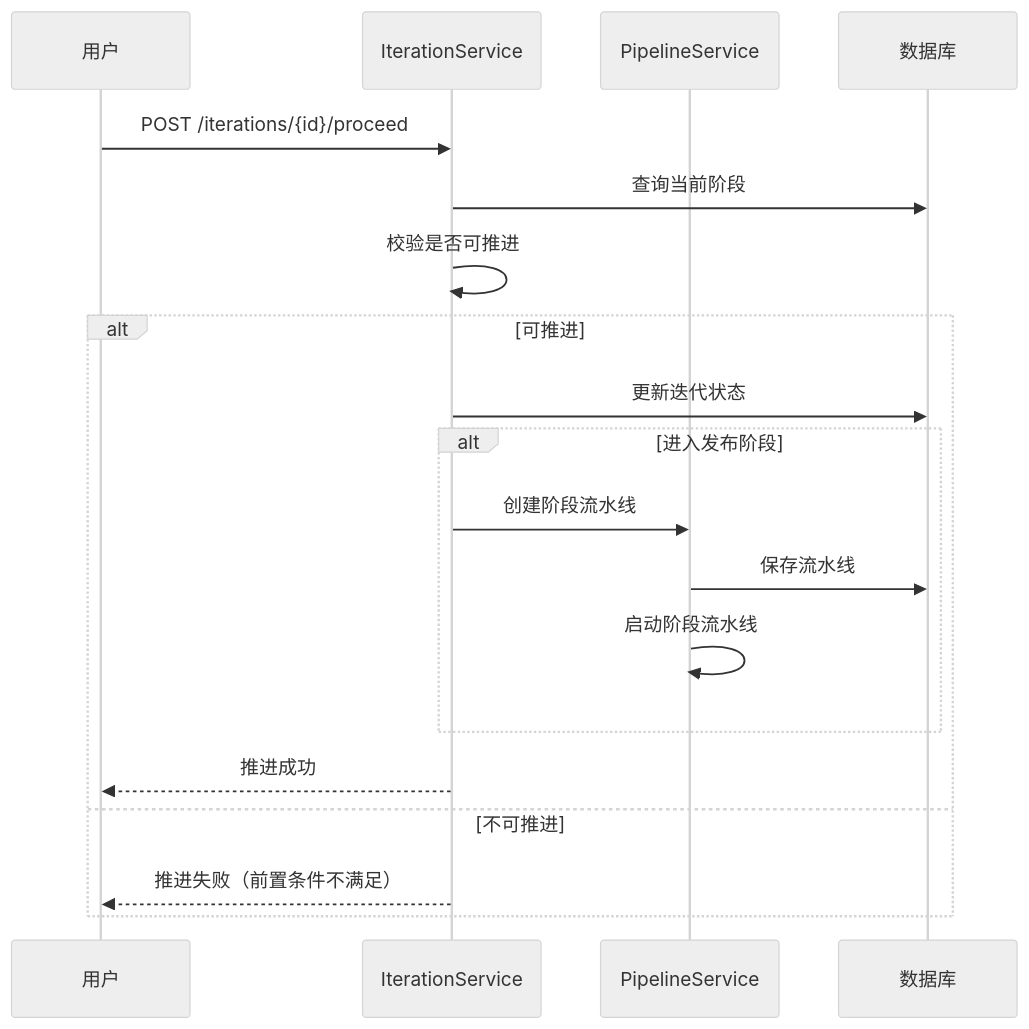
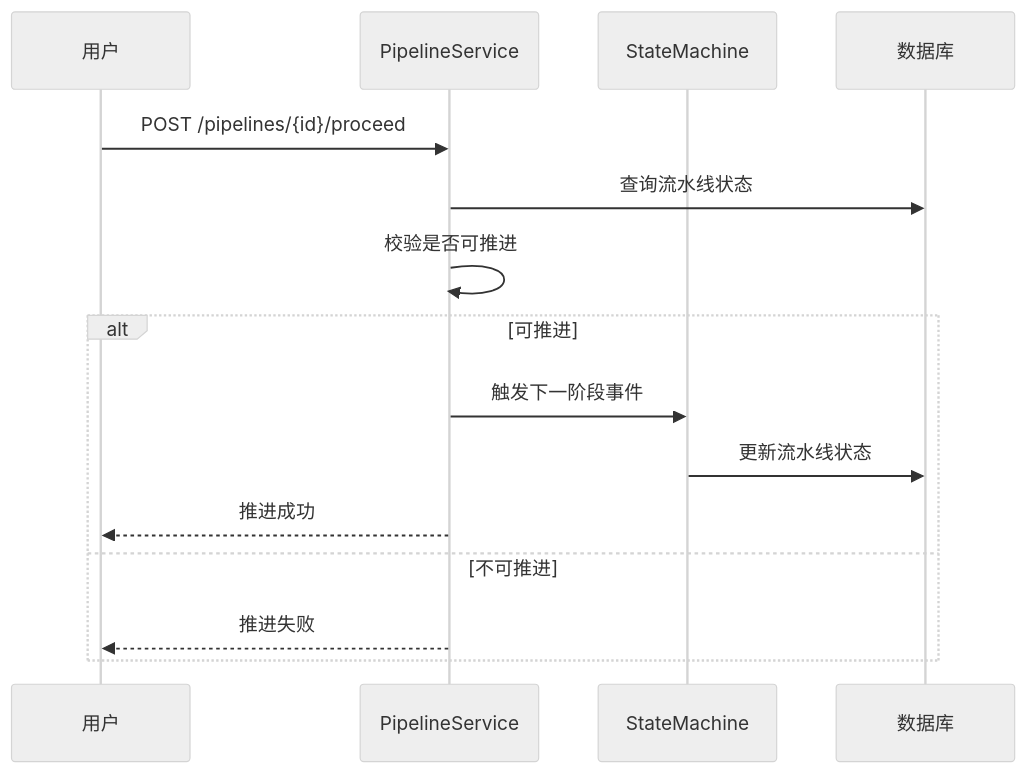
One commit to qdw497874677/high-code-doc changed the sixth of 9 diagrams in docs/plans/procode-platform/lld/lld.md. Above: the diagram before and after it, drawn with Mermaid (neutral theme). The commit also changed other lines of this file and 1 other file, not shown here.

````diff
--- a/docs/plans/procode-platform/lld/lld.md
+++ b/docs/plans/procode-platform/lld/lld.md
@@ -277,22 +333,18 @@
 ```mermaid
 sequenceDiagram
     participant U as 用户
-    participant IS as IterationService
     participant PS as PipelineService
+    participant SM as StateMachine
     participant DB as 数据库
 
-    U->>IS: POST /iterations/{id}/proceed
-    IS->>DB: 查询当前阶段
-    IS->>IS: 校验是否可推进
+    U->>PS: POST /pipelines/{id}/proceed
+    PS->>DB: 查询流水线状态
+    PS->>PS: 校验是否可推进
     alt 可推进
-        IS->>DB: 更新迭代状态
-        alt 进入发布阶段
-            IS->>PS: 创建阶段流水线
-            PS->>DB: 保存流水线
-            PS->>PS: 启动阶段流水线
-        end
-        IS-->>U: 推进成功
+        PS->>SM: 触发下一阶段事件
+        SM->>DB: 更新流水线状态
+        PS-->>U: 推进成功
     else 不可推进
-        IS-->>U: 推进失败（前置条件不满足）
+        PS-->>U: 推进失败
     end
 ```
````
